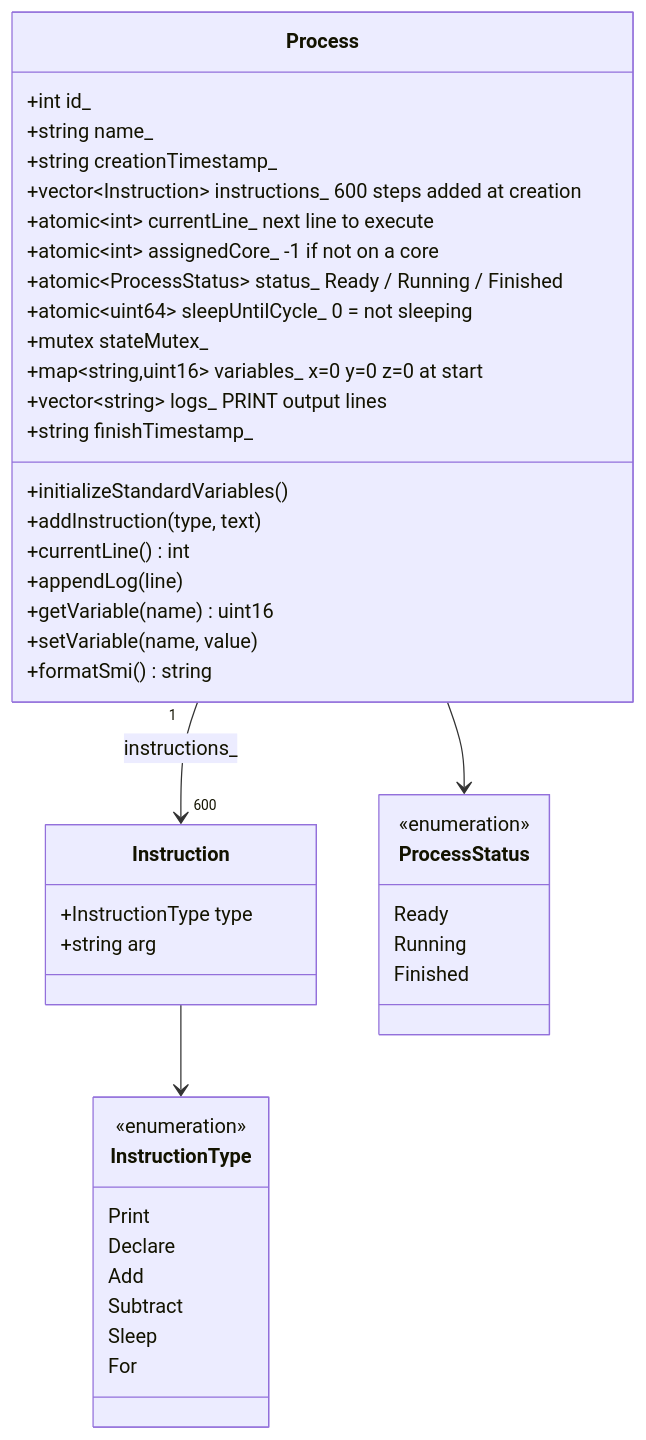
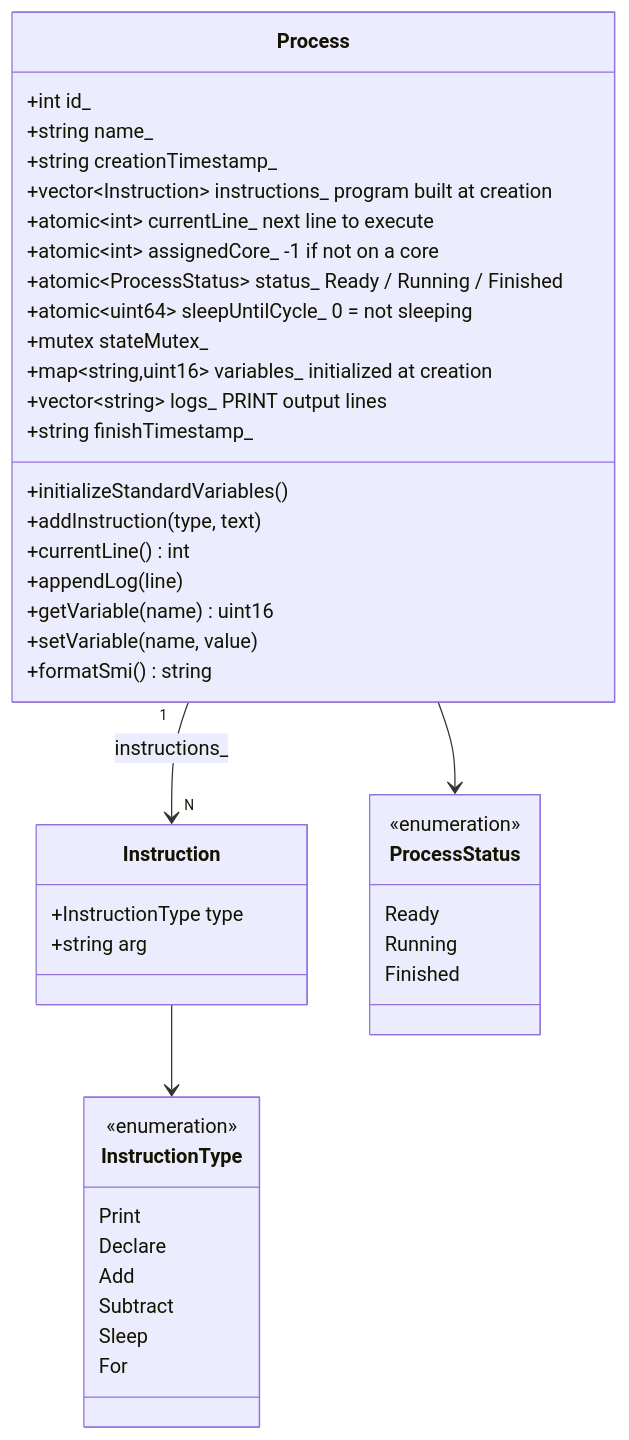
One commit to JeyyM/csopesy-mp1 changed the second of 4 diagrams in diagrams/E_process_representation.md. Above: the diagram before and after it, drawn with Mermaid. The commit also changed other lines of this file and 17 other files, not shown here.

````diff
--- a/diagrams/E_process_representation.md
+++ b/diagrams/E_process_representation.md
@@ -30,51 +30,51 @@
 ```mermaid
 classDiagram
     class Process {
         +int id_
         +string name_
         +string creationTimestamp_
-        +vector~Instruction~ instructions_   600 steps added at creation
+        +vector~Instruction~ instructions_   program built at creation
         +atomic~int~ currentLine_            next line to execute
         +atomic~int~ assignedCore_           -1 if not on a core
         +atomic~ProcessStatus~ status_       Ready / Running / Finished
         +atomic~uint64~ sleepUntilCycle_     0 = not sleeping
         +mutex stateMutex_
-        +map~string,uint16~ variables_       x=0 y=0 z=0 at start
+        +map~string,uint16~ variables_       initialized at creation
         +vector~string~ logs_               PRINT output lines
         +string finishTimestamp_
 
         +initializeStandardVariables()
         +addInstruction(type, text)
         +currentLine() int
         +appendLog(line)
         +getVariable(name) uint16
         +setVariable(name, value)
         +formatSmi() string
     }
 
     class Instruction {
         +InstructionType type
         +string arg
     }
 
     class InstructionType {
         <<enumeration>>
         Print
         Declare
         Add
         Subtract
         Sleep
         For
     }
 
     class ProcessStatus {
         <<enumeration>>
         Ready
         Running
         Finished
     }
 
-    Process "1" --> "600" Instruction : instructions_
+    Process "1" --> "N" Instruction : instructions_
     Instruction --> InstructionType
     Process --> ProcessStatus
 ```
````
